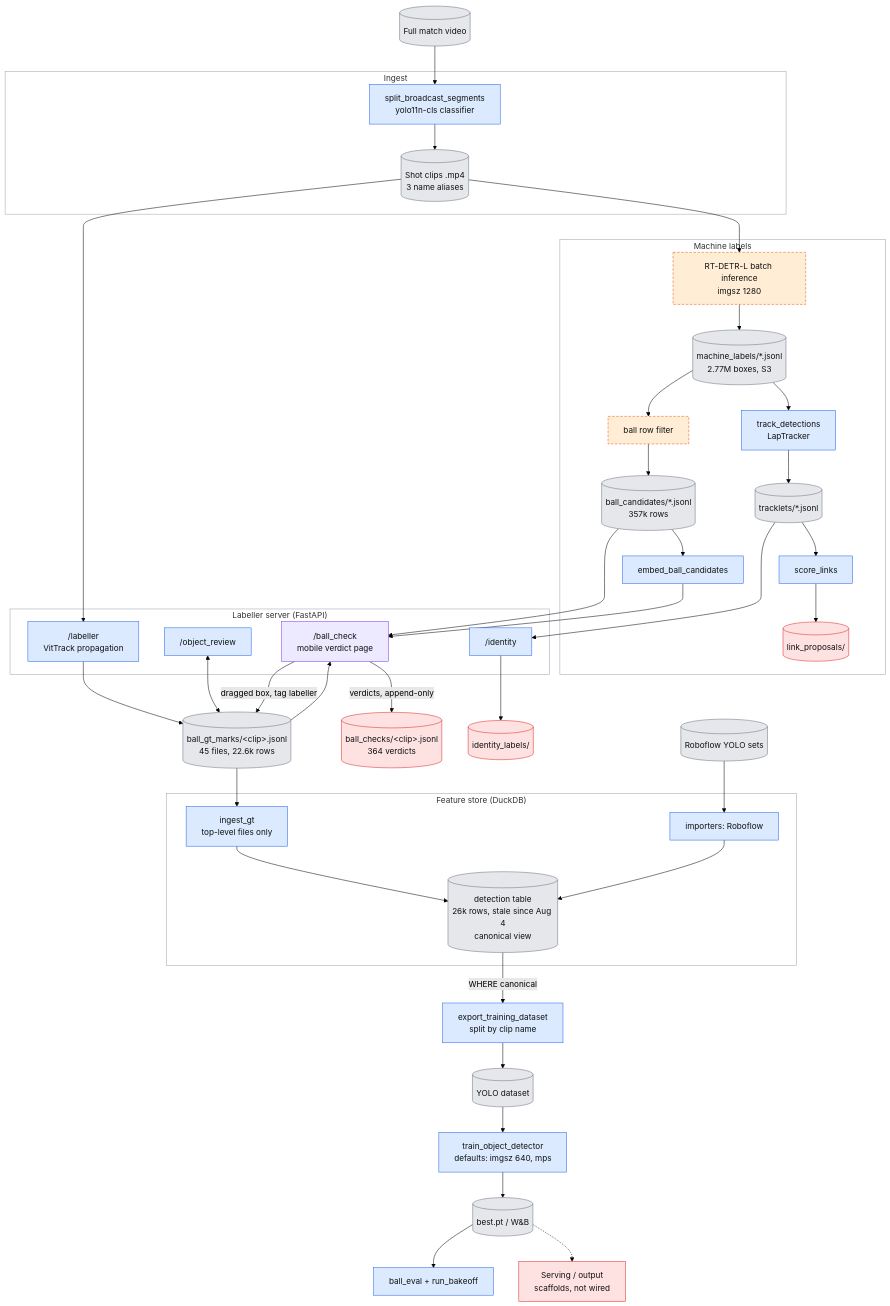
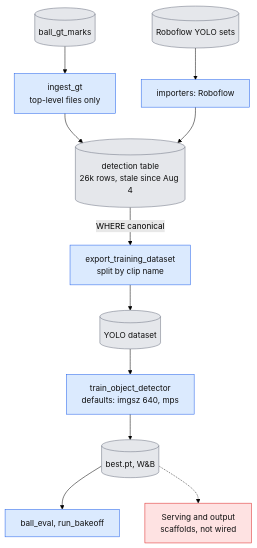
Before and after one commit to egroeg121/footy-track: the third of 4 diagrams in docs/architecture.md, drawn with Mermaid (forest theme). The commit also changed other lines of this file and 12 other files, not shown here.

First line of the commit message:
docs: add contributing guide, agent docs rules, PR template and diagram check

````diff
--- a/docs/architecture.md
+++ b/docs/architecture.md
@@ -28,78 +77,18 @@
 ```mermaid
 flowchart TB
   classDef code fill:#dbeafe,stroke:#2563eb,color:#111
   classDef data fill:#e5e7eb,stroke:#6b7280,color:#111
   classDef missing fill:#ffedd5,stroke:#ea580c,stroke-dasharray:5 3,color:#111
   classDef dead fill:#fee2e2,stroke:#dc2626,color:#111
   classDef bc fill:#ede9fe,stroke:#7c3aed,color:#111
-
-  VID[("Full match video")]:::data
-
-  subgraph INGEST["Ingest"]
-    SEG["split_broadcast_segments<br/>yolo11n-cls classifier"]:::code
-    CLIPS[("Shot clips .mp4<br/>3 name aliases")]:::data
-  end
-
-  subgraph MACHINE["Machine labels"]
-    RTD["RT-DETR-L batch inference<br/>imgsz 1280"]:::missing
-    ML[("machine_labels/*.jsonl<br/>2.77M boxes, S3")]:::data
-    FILT["ball row filter"]:::missing
-    CAND[("ball_candidates/*.jsonl<br/>357k rows")]:::data
-    EMB["embed_ball_candidates"]:::code
-    TRK["track_detections<br/>LapTracker"]:::code
-    TL[("tracklets/*.jsonl")]:::data
-    LINK["score_links"]:::code
-    LP[("link_proposals/")]:::dead
-  end
-
-  subgraph LABEL["Labeller server (FastAPI)"]
-    LAB["/labeller<br/>VitTrack propagation"]:::code
-    REV["/object_review"]:::code
-    BC["/ball_check<br/>mobile verdict page"]:::bc
-    IDR["/identity"]:::code
-  end
-
-  GT[("ball_gt_marks/&lt;clip&gt;.jsonl<br/>45 files, 22.6k rows")]:::data
-  VERD[("ball_checks/&lt;clip&gt;.jsonl<br/>364 verdicts")]:::dead
-  IDL[("identity_labels/")]:::dead
-
-  subgraph STORE["Feature store (DuckDB)"]
-    ING["ingest_gt<br/>top-level files only"]:::code
-    RFI["importers: Roboflow"]:::code
-    DB[("detection table<br/>26k rows, stale since Aug 4<br/>canonical view")]:::data
-  end
-
-  EXP["export_training_dataset<br/>split by clip name"]:::code
-  YOLO[("YOLO dataset")]:::data
-  TRAIN["train_object_detector<br/>defaults: imgsz 640, mps"]:::code
-  W[("best.pt / W&amp;B")]:::data
-  EVAL["ball_eval + run_bakeoff"]:::code
-  SERVE["Serving / output<br/>scaffolds, not wired"]:::dead
-
-  style INGEST fill:none,stroke:#9ca3af
-  style MACHINE fill:none,stroke:#9ca3af
-  style LABEL fill:none,stroke:#9ca3af
-  style STORE fill:none,stroke:#9ca3af
-
-  VID --> SEG --> CLIPS
-  CLIPS --> RTD --> ML
-  ML --> FILT --> CAND --> EMB
-  ML --> TRK --> TL
-  TL --> LINK --> LP
-  TL --> IDR --> IDL
-
-  CLIPS --> LAB
-  LAB --> GT
-  REV <--> GT
-  CAND --> BC
-  GT --> BC
-  EMB --> BC
-  BC -- "verdicts, append-only" --> VERD
-  BC -- "dragged box, tag labeller" --> GT
-
-  GT --> ING --> DB
-  RF[("Roboflow YOLO sets")]:::data --> RFI --> DB
-  DB -- "WHERE canonical" --> EXP --> YOLO --> TRAIN --> W
-  W --> EVAL
-  W -.-> SERVE
+  GT[("ball_gt_marks")]:::data --> ING["ingest_gt<br/>top-level files only"]:::code
+  RF[("Roboflow YOLO sets")]:::data --> RFI["importers: Roboflow"]:::code
+  ING --> DB[("detection table<br/>26k rows, stale since Aug 4")]:::data
+  RFI --> DB
+  DB -- "WHERE canonical" --> EXP["export_training_dataset<br/>split by clip name"]:::code
+  EXP --> YOLO[("YOLO dataset")]:::data
+  YOLO --> TRAIN["train_object_detector<br/>defaults: imgsz 640, mps"]:::code
+  TRAIN --> W[("best.pt, W&amp;B")]:::data
+  W --> EVAL["ball_eval, run_bakeoff"]:::code
+  W -.-> SERVE["Serving and output<br/>scaffolds, not wired"]:::dead
 ```
````
